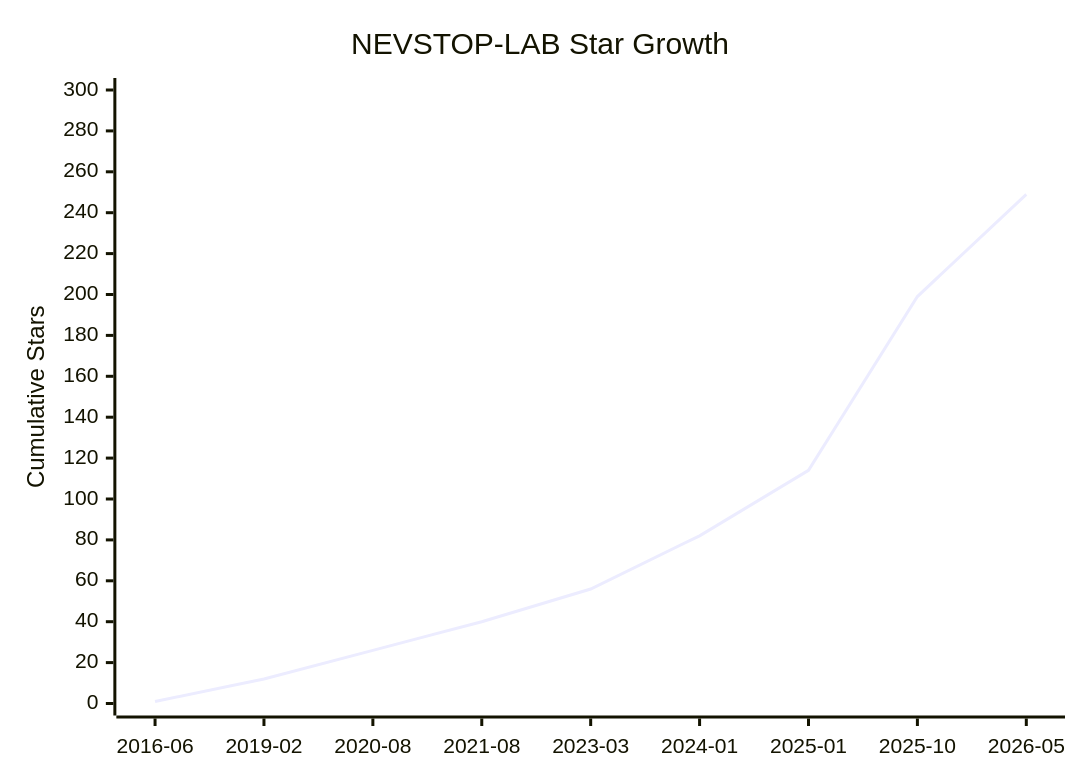
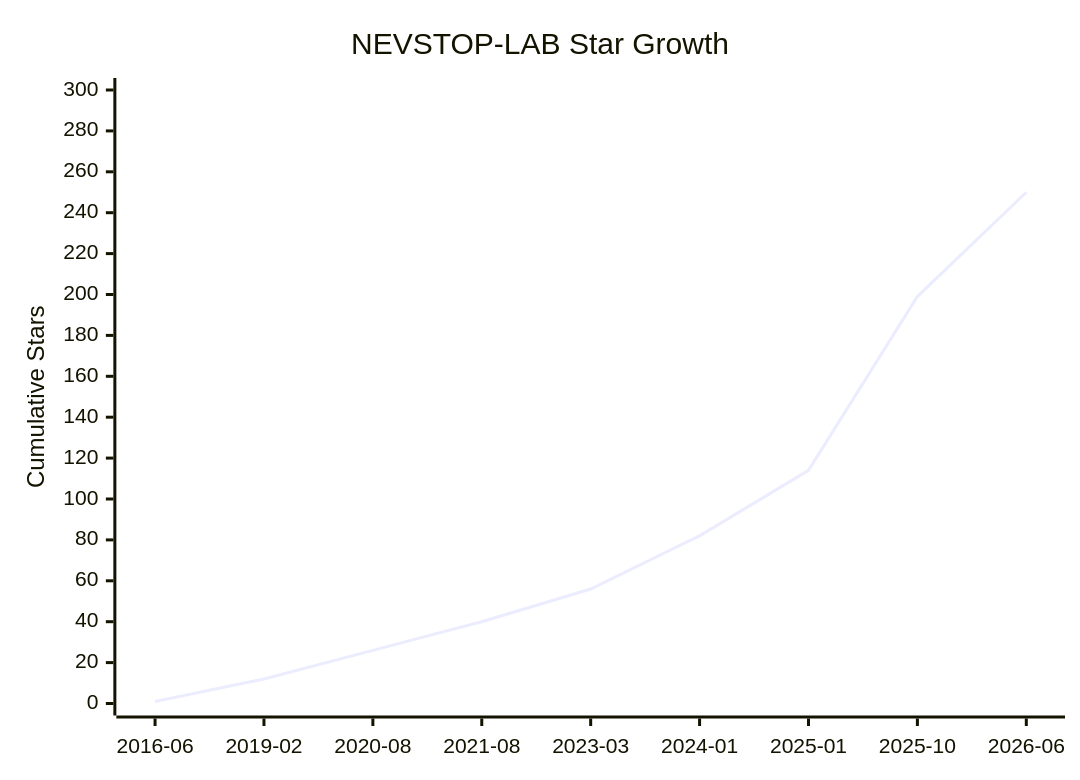
The diagram in Star-History.md (NEVSTOP-LAB/.github), drawn with Mermaid before and after one commit. The commit also changed other lines of this file, not shown here.

````diff
--- a/Star-History.md
+++ b/Star-History.md
@@ -8,7 +8,7 @@
 ```mermaid
 xychart-beta
     title "NEVSTOP-LAB Star Growth"
-    x-axis ["2016-06", "2019-02", "2020-08", "2021-08", "2023-03", "2024-01", "2025-01", "2025-10", "2026-05"]
+    x-axis ["2016-06", "2019-02", "2020-08", "2021-08", "2023-03", "2024-01", "2025-01", "2025-10", "2026-06"]
     y-axis "Cumulative Stars" 0 --> 300
-    line [1, 12, 26, 40, 56, 82, 114, 199, 249]
+    line [1, 12, 26, 40, 56, 82, 114, 199, 250]
 ```
````
